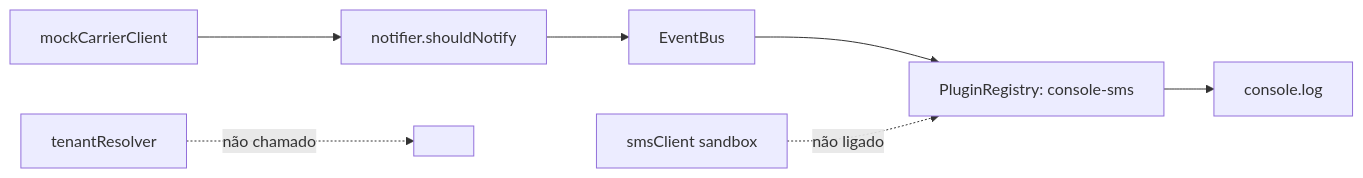
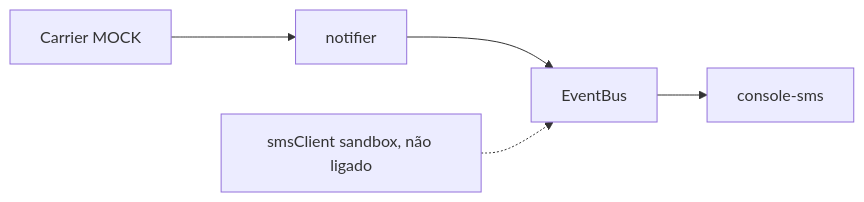
The diagram in docs/validation/v2.1-simulations/S12/01-revisao-estrategica.response.md (fernandosfigueiredo-prog/AI-driven-SDLC), drawn with Mermaid before and after one commit. The commit also changed other lines of this file and 34 other files, not shown here.

````diff
--- a/docs/validation/v2.1-simulations/S12/01-revisao-estrategica.response.md
+++ b/docs/validation/v2.1-simulations/S12/01-revisao-estrategica.response.md
@@ -52,9 +57,7 @@
 ```mermaid
 flowchart LR
-  C[mockCarrierClient] --> N[notifier.shouldNotify]
-  N --> B[EventBus]
-  B --> P[PluginRegistry: console-sms]
-  P --> L[console.log]
-  S[smsClient sandbox] -. não ligado .-> P
-  T[tenantResolver] -. não chamado .-> X[ ]
+  Mock[Carrier MOCK] --> Rule[notifier]
+  Rule --> Bus[EventBus]
+  Bus --> Plugin[console-sms]
+  SMS[smsClient sandbox, não ligado] -.-> Bus
 ```
````
